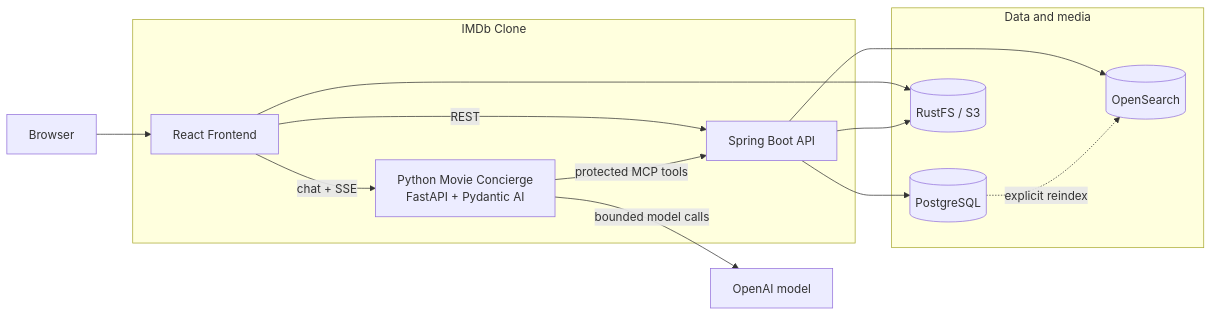
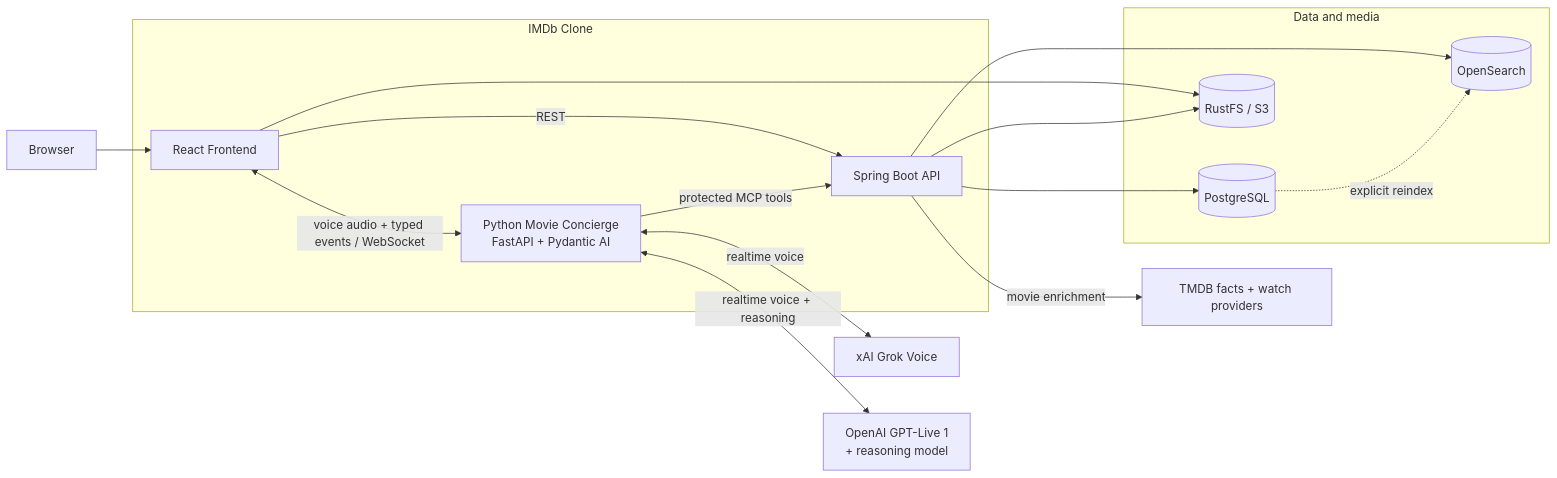
Before and after one commit to NiklasTiede/imdb-clone: the first of 3 diagrams in README.md, drawn with Mermaid. The commit also changed other lines of this file, not shown here.

Commit message:
docs: describe the voice-first movie experience

````diff
--- a/README.md
+++ b/README.md
@@ -94,28 +103,32 @@
 ```mermaid
 flowchart LR
   browser["Browser"]
-  model["OpenAI model"]
+  grok["xAI Grok Voice"]
+  openai["OpenAI GPT-Live 1<br/>+ reasoning model"]
+  tmdb["TMDB facts + watch providers"]
 
   subgraph app["IMDb Clone"]
     frontend["React Frontend"]
     agent["Python Movie Concierge<br/>FastAPI + Pydantic AI"]
     backend["Spring Boot API"]
   end
 
   subgraph data["Data and media"]
     postgres[("PostgreSQL")]
     opensearch[("OpenSearch")]
     rustfs[("RustFS / S3")]
   end
 
   browser --> frontend
   frontend -- "REST" --> backend
-  frontend -- "chat + SSE" --> agent
+  frontend <-->|"voice audio + typed events / WebSocket"| agent
   frontend --> rustfs
-  agent -- "bounded model calls" --> model
+  agent <-->|"realtime voice"| grok
+  agent <-->|"realtime voice + reasoning"| openai
   agent -- "protected MCP tools" --> backend
   backend --> postgres
   backend --> opensearch
   backend --> rustfs
+  backend -- "movie enrichment" --> tmdb
   postgres -. "explicit reindex" .-> opensearch
 ```
````
